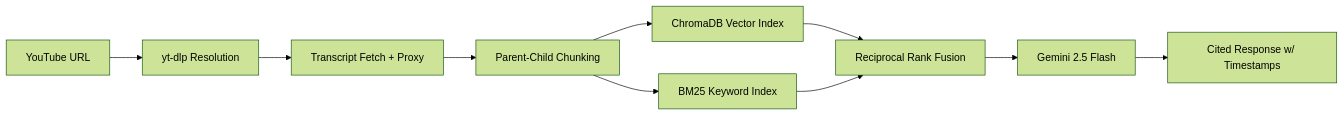
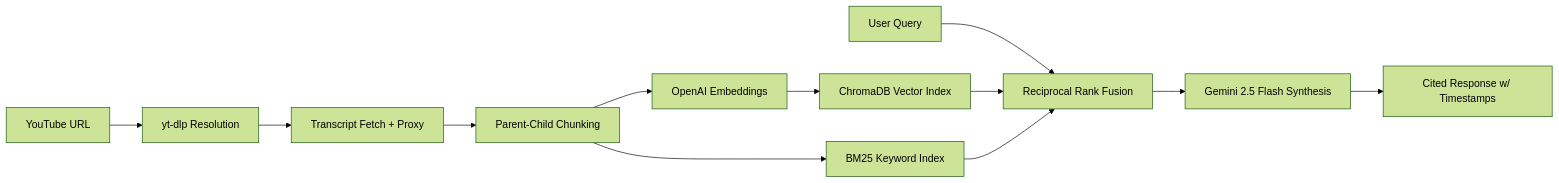
Before and after one commit to justinduplain/youtube-transcript-rag: the diagram in README.md, drawn with Mermaid (forest theme).

Commit message:
add model details to flow chart

````diff
--- a/README.md
+++ b/README.md
@@ -11,12 +11,14 @@
 ```mermaid
 flowchart LR
     A[YouTube URL] --> B[yt-dlp Resolution]
     B --> C[Transcript Fetch + Proxy]
     C --> D[Parent-Child Chunking]
-    D --> E[ChromaDB Vector Index]
-    D --> F[BM25 Keyword Index]
-    E --> G[Reciprocal Rank Fusion]
-    F --> G
-    G --> H[Gemini 2.5 Flash]
-    H --> I[Cited Response w/ Timestamps]
+    D --> E[OpenAI Embeddings]
+    E --> F[ChromaDB Vector Index]
+    D --> G[BM25 Keyword Index]
+    H[User Query] --> I[Reciprocal Rank Fusion]
+    F --> I
+    G --> I
+    I --> J[Gemini 2.5 Flash Synthesis]
+    J --> K[Cited Response w/ Timestamps]
 ```
````
